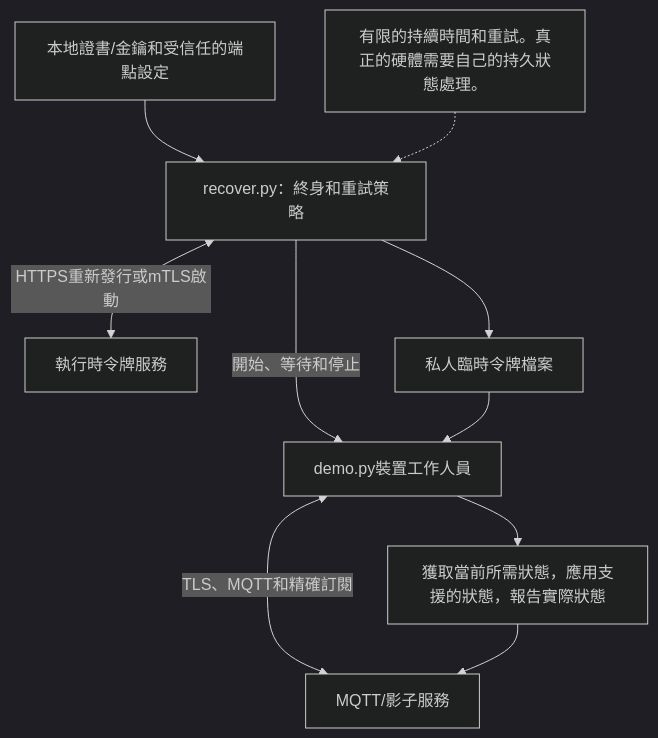
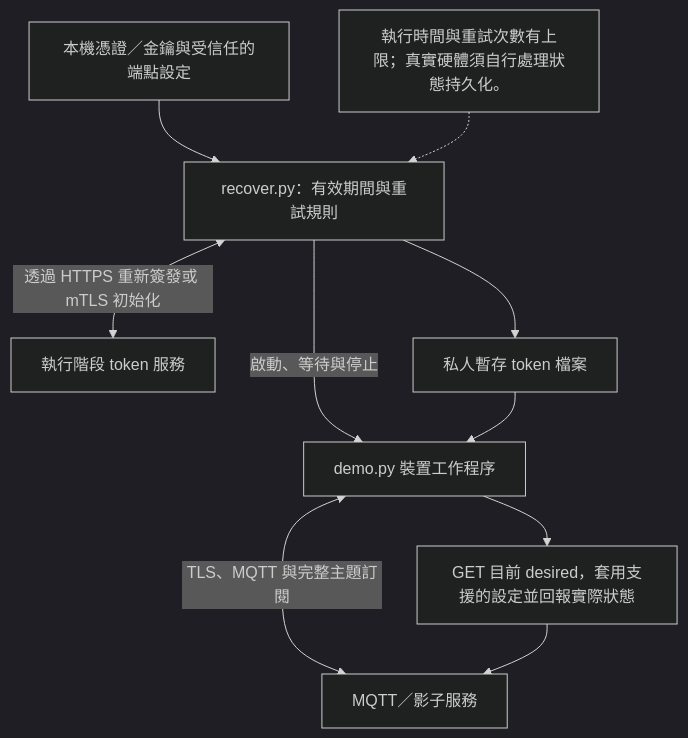
Before and after one commit to hkt999rtk/rtk_cloud_admin: the diagram in web/content/developer-docs/assets/recovery-components.zh-TW.mmd, drawn with Mermaid (dark theme). The commit also changed 178 other files, not shown here.

```diff
--- a/web/content/developer-docs/assets/recovery-components.zh-TW.mmd
+++ b/web/content/developer-docs/assets/recovery-components.zh-TW.mmd
@@ -1,10 +1,10 @@
 flowchart TB
-    Cert["本地證書/金鑰和受信任的端點設定"] --> Supervisor["recover.py：終身和重試策略"]
-    Supervisor <-->|"HTTPS重新發行或mTLS啟動"| Token["執行時令牌服務"]
-    Supervisor --> File["私人臨時令牌檔案"]
-    Supervisor -->|"開始、等待和停止"| Worker["demo.py裝置工作人員"]
+    Cert["本機憑證／金鑰與受信任的端點設定"] --> Supervisor["recover.py：有效期間與重試規則"]
+    Supervisor <-->|"透過 HTTPS 重新簽發或 mTLS 初始化"| Token["執行階段 token 服務"]
+    Supervisor --> File["私人暫存 token 檔案"]
+    Supervisor -->|"啟動、等待與停止"| Worker["demo.py 裝置工作程序"]
     File --> Worker
-    Worker <-->|"TLS、MQTT和精確訂閱"| Broker["MQTT/影子服務"]
-    Worker --> Reconcile["獲取當前所需狀態，應用支援的狀態，報告實際狀態"]
+    Worker <-->|"TLS、MQTT 與完整主題訂閱"| Broker["MQTT／影子服務"]
+    Worker --> Reconcile["GET 目前 desired，套用支援的設定並回報實際狀態"]
     Reconcile --> Broker
-    Limits["有限的持續時間和重試。真正的硬體需要自己的持久狀態處理。"] -.-> Supervisor
+    Limits["執行時間與重試次數有上限；真實硬體須自行處理狀態持久化。"] -.-> Supervisor
```
